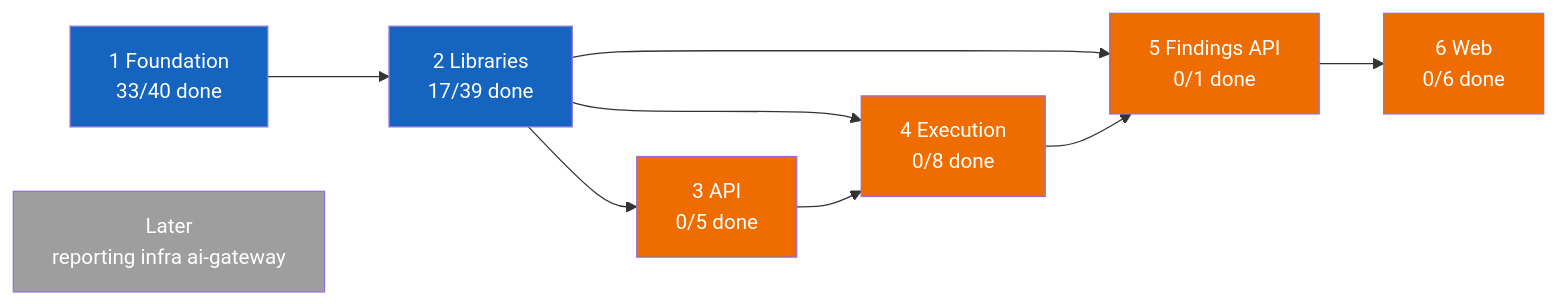
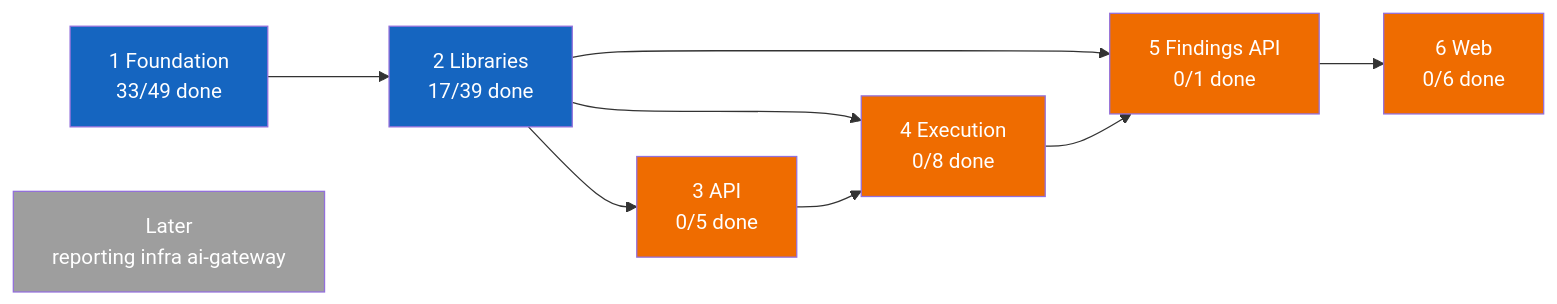
The first of 2 diagrams in PROGRESS.md (vulcanflow/docs), drawn with Mermaid before and after one commit. The commit also changed other lines of this file and 1 other file, not shown here.

````diff
--- a/PROGRESS.md
+++ b/PROGRESS.md
@@ -24,31 +24,31 @@
 ```mermaid
 flowchart LR
-  P1["1 Foundation<br/>33/40 done"]
+  P1["1 Foundation<br/>33/49 done"]
   P2["2 Libraries<br/>17/39 done"]
   P3["3 API<br/>0/5 done"]
   P4["4 Execution<br/>0/8 done"]
   P5["5 Findings API<br/>0/1 done"]
   P6["6 Web<br/>0/6 done"]
   L["Later<br/>reporting infra ai-gateway"]
 
   P1 --> P2
   P2 --> P3
   P2 --> P4
   P3 --> P4
   P2 --> P5
   P4 --> P5
   P5 --> P6
 
   classDef done fill:#2e7d32,color:#fff
   classDef active fill:#1565c0,color:#fff
   classDef held fill:#9e9e9e,color:#fff
   classDef blocked fill:#ef6c00,color:#fff
 
   class P1 active
   class P2 active
   class P3 blocked
   class P4 blocked
   class P5 blocked
   class P6 blocked
   class L held
 ```
````
